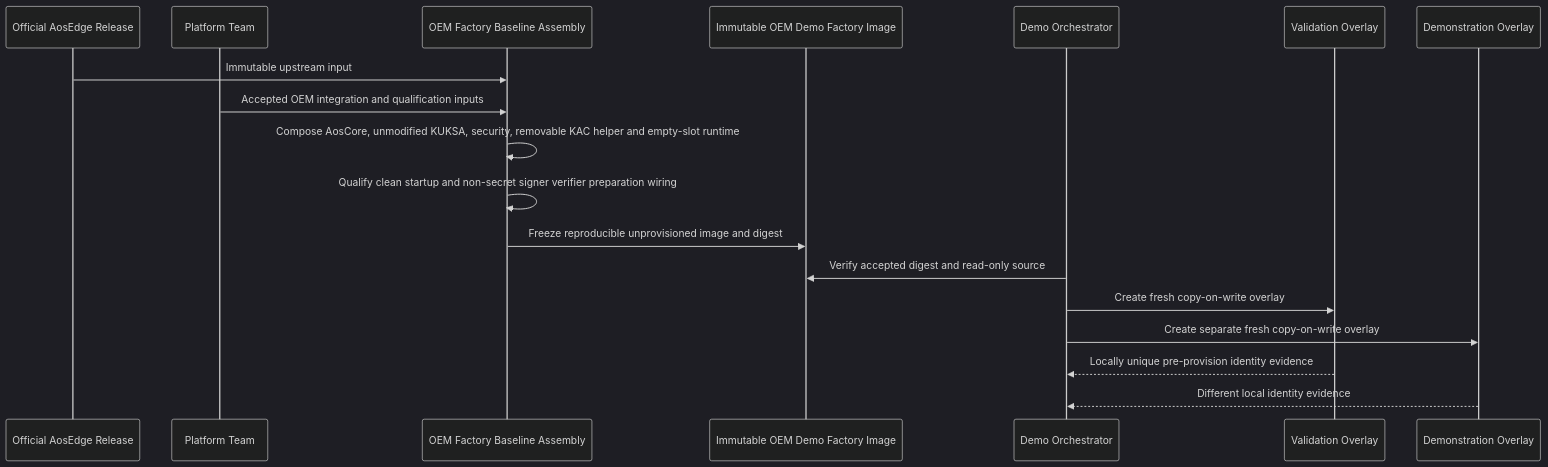
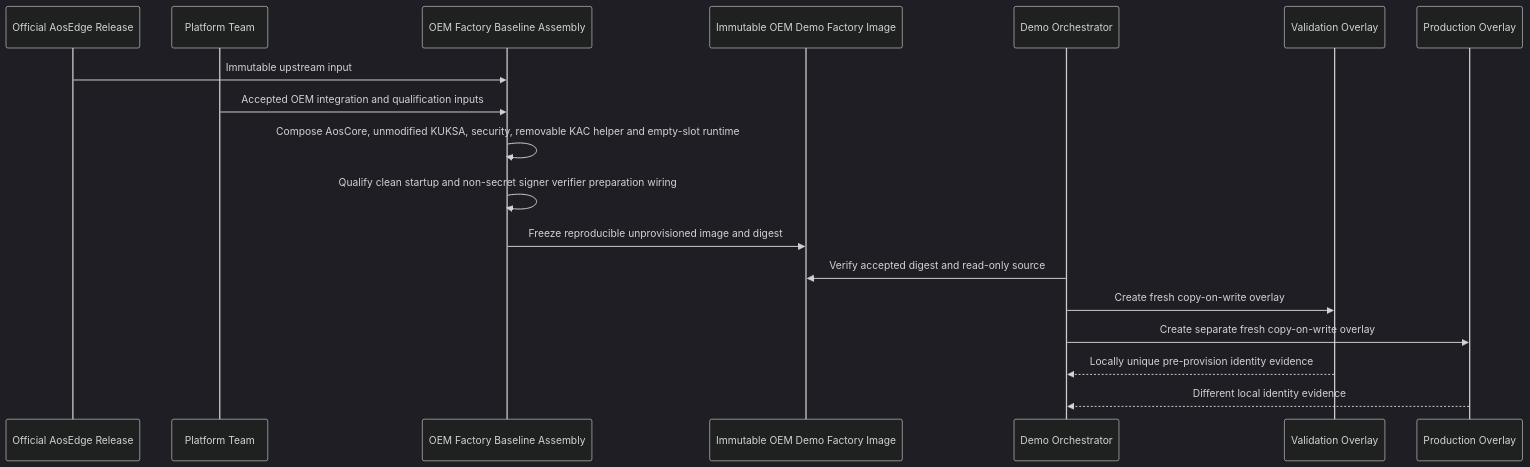
Before and after one commit to alexmaninblack/aosedge-sdv-demo: the fourth of 22 diagrams in docs/architecture/demo-scenario-architecture-flows.md, drawn with Mermaid (dark theme). The commit also changed other lines of this file and 176 other files, not shown here.

````diff
--- a/docs/architecture/demo-scenario-architecture-flows.md
+++ b/docs/architecture/demo-scenario-architecture-flows.md
@@ -330,21 +331,21 @@
 ```mermaid
 sequenceDiagram
     participant UR as Official AosEdge Release
     participant PT as Platform Team
     participant BA as OEM Factory Baseline Assembly
     participant FI as Immutable OEM Demo Factory Image
     participant OR as Demo Orchestrator
     participant VO as Validation Overlay
-    participant DO as Demonstration Overlay
+    participant PO as Production Overlay
 
     UR->>BA: Immutable upstream input
     PT->>BA: Accepted OEM integration and qualification inputs
     BA->>BA: Compose AosCore, unmodified KUKSA, security, removable KAC helper and empty-slot runtime
     BA->>BA: Qualify clean startup and non-secret signer verifier preparation wiring
     BA->>FI: Freeze reproducible unprovisioned image and digest
     OR->>FI: Verify accepted digest and read-only source
     OR->>VO: Create fresh copy-on-write overlay
-    OR->>DO: Create separate fresh copy-on-write overlay
+    OR->>PO: Create separate fresh copy-on-write overlay
     VO-->>OR: Locally unique pre-provision identity evidence
-    DO-->>OR: Different local identity evidence
+    PO-->>OR: Different local identity evidence
 ```
````
